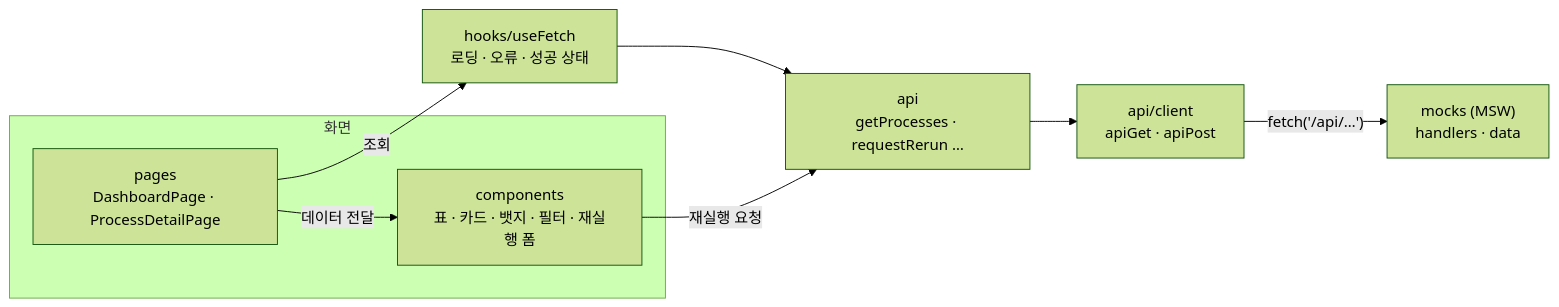
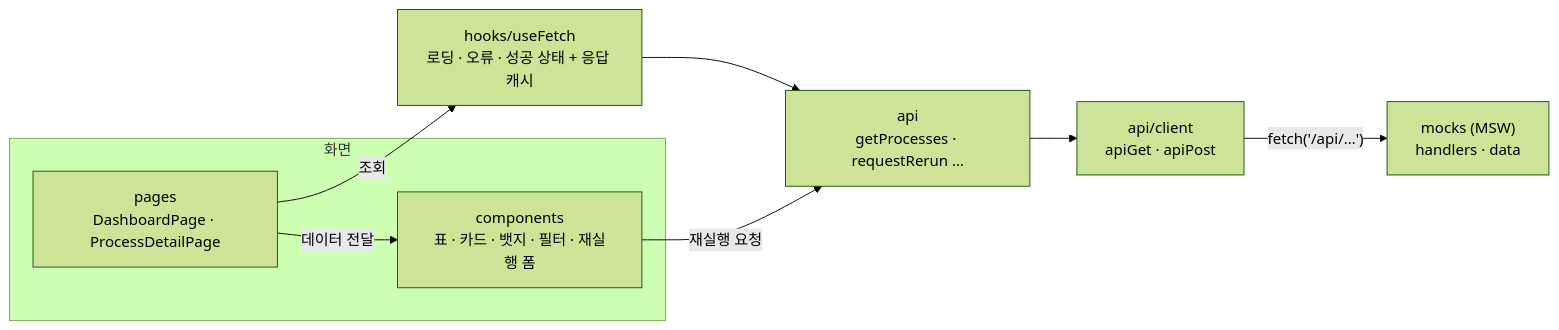
One commit to alexsogoat/rpa-ops-dashboard changed the diagram in README.md. Above: the diagram before and after it, drawn with Mermaid (forest theme). The commit also changed other lines of this file and 2 other files, not shown here.

````diff
--- a/README.md
+++ b/README.md
@@ -57,18 +57,18 @@
 ```mermaid
 flowchart LR
   subgraph 화면
     P["pages<br/>DashboardPage · ProcessDetailPage"]
     C["components<br/>표 · 카드 · 뱃지 · 필터 · 재실행 폼"]
   end
-  H["hooks/useFetch<br/>로딩 · 오류 · 성공 상태"]
+  H["hooks/useFetch<br/>로딩 · 오류 · 성공 상태 + 응답 캐시"]
   A["api<br/>getProcesses · requestRerun …"]
   CL["api/client<br/>apiGet · apiPost"]
   M["mocks (MSW)<br/>handlers · data"]
 
   P -->|데이터 전달| C
   P -->|조회| H
   H --> A
   C -->|재실행 요청| A
   A --> CL
   CL -->|"fetch('/api/…')"| M
 ```
````
